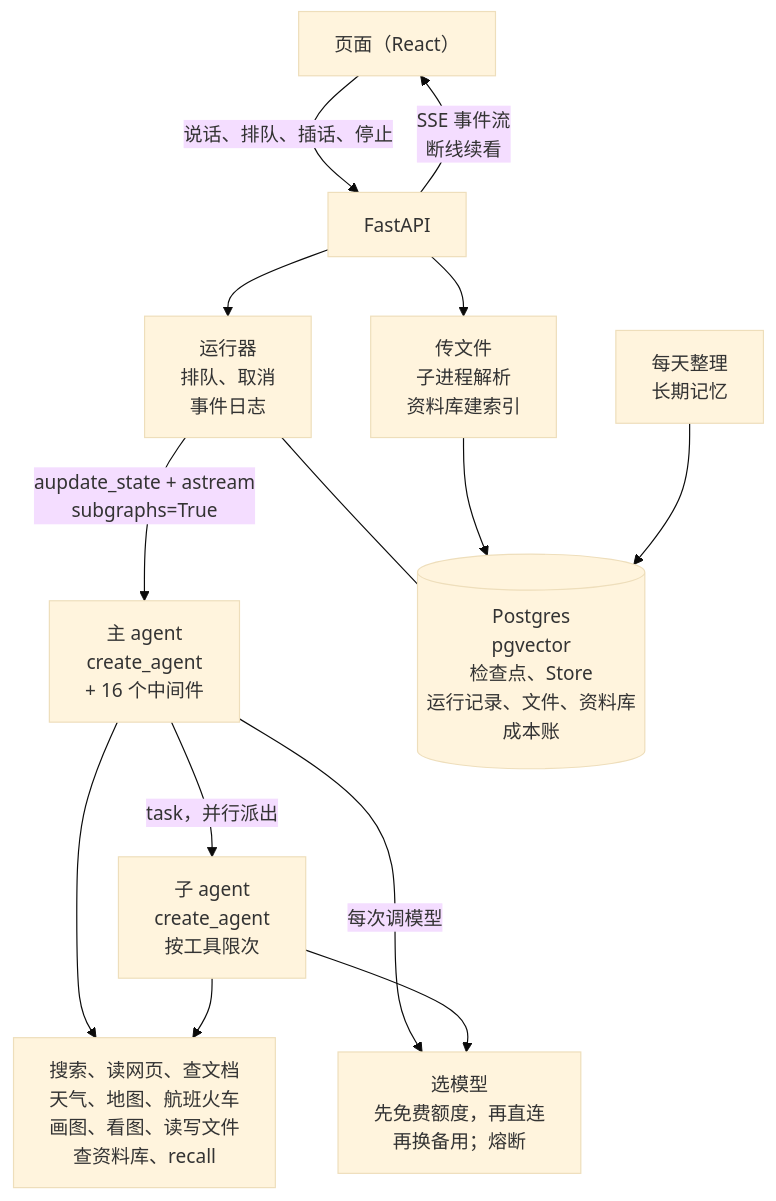
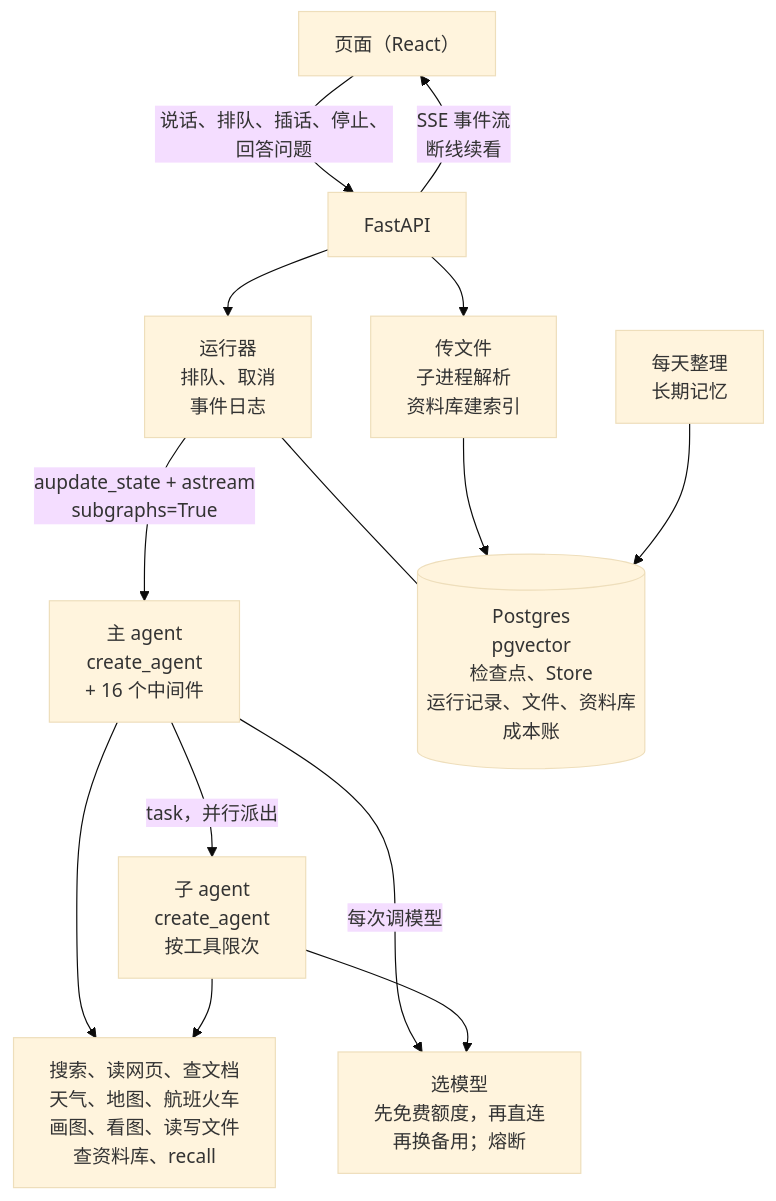
Before and after one commit to HyxiaoGe/LingDraft: the diagram in README.md, drawn with Mermaid (base theme). The commit also changed other lines of this file and 26 other files, not shown here.

````diff
--- a/README.md
+++ b/README.md
@@ -18,17 +18,17 @@
 ```mermaid
 %%{init: {"flowchart": {"wrappingWidth": 400}}}%%
 flowchart TB
-    UI["页面（React）"] -- "说话、排队、插话、停止" --> API["FastAPI"]
+    UI["页面（React）"] -- "说话、排队、插话、停止、回答问题" --> API["FastAPI"]
     API -- "SSE 事件流<br/>断线续看" --> UI
     API --> Runner["运行器<br/>排队、取消<br/>事件日志"]
     API --> Parse["传文件<br/>子进程解析<br/>资料库建索引"]
     Runner -- "aupdate_state + astream<br/>subgraphs=True" --> Main["主 agent<br/>create_agent<br/>+ 16 个中间件"]
     Main -- "task，并行派出" --> Sub["子 agent<br/>create_agent<br/>按工具限次"]
     Main --> Tools["搜索、读网页、查文档<br/>天气、地图、航班火车<br/>画图、看图、读写文件<br/>查资料库、recall"]
     Sub --> Tools
     Main -- "每次调模型" --> Models["选模型<br/>先免费额度，再直连<br/>再换备用；熔断"]
     Sub --> Models
     Runner --- PG[("Postgres<br/>pgvector<br/>检查点、Store<br/>运行记录、文件、资料库<br/>成本账")]
     Parse --> PG
     Dream["每天整理<br/>长期记忆"] --> PG
 ```
````
